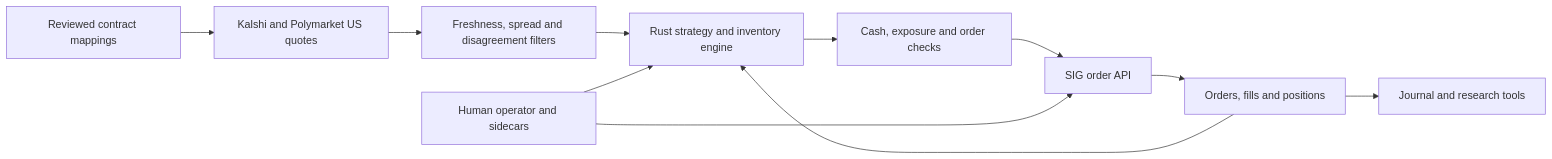
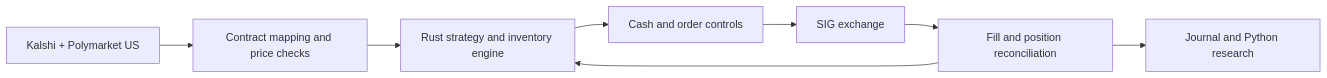
Before and after one commit to tristandarnell/Susquehanna-Predictions-Cup-Writeup: the diagram in README.md, drawn with Mermaid. The commit also changed other lines of this file and 13 other files, not shown here.

Commit message:
Simplify the project narrative and add theme-aware charts

````diff
--- a/README.md
+++ b/README.md
@@ -66,13 +31,10 @@
 ```mermaid
 flowchart LR
-    R[Reviewed contract mappings] --> F[Kalshi and Polymarket US quotes]
-    F --> Q[Freshness, spread and disagreement filters]
-    Q --> S[Rust strategy and inventory engine]
-    S --> O[Cash, exposure and order checks]
-    O --> X[SIG order API]
-    X --> A[Orders, fills and positions]
-    A --> S
-    A --> J[Journal and research tools]
-    H[Human operator and sidecars] --> S
-    H --> X
+    F[Kalshi + Polymarket US] --> V[Contract mapping and price checks]
+    V --> E[Rust strategy and inventory engine]
+    E --> O[Cash and order controls]
+    O --> X[SIG exchange]
+    X --> R[Fill and position reconciliation]
+    R --> E
+    R --> J[Journal and Python research]
 ```
````
